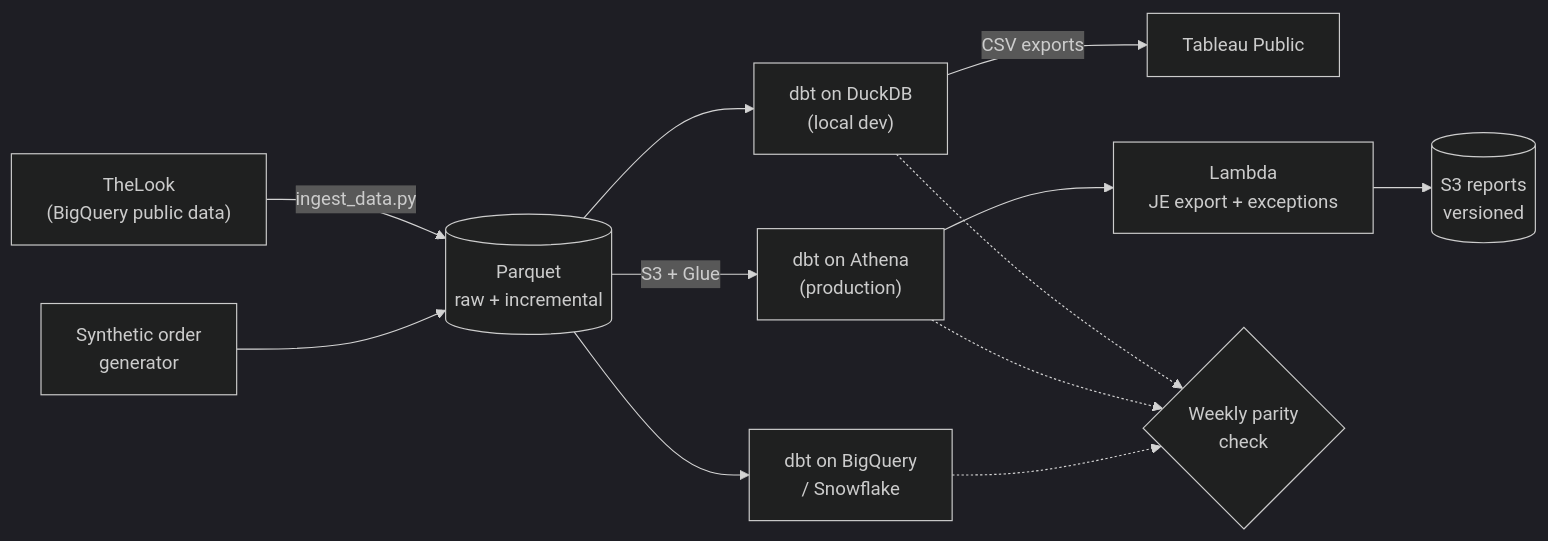
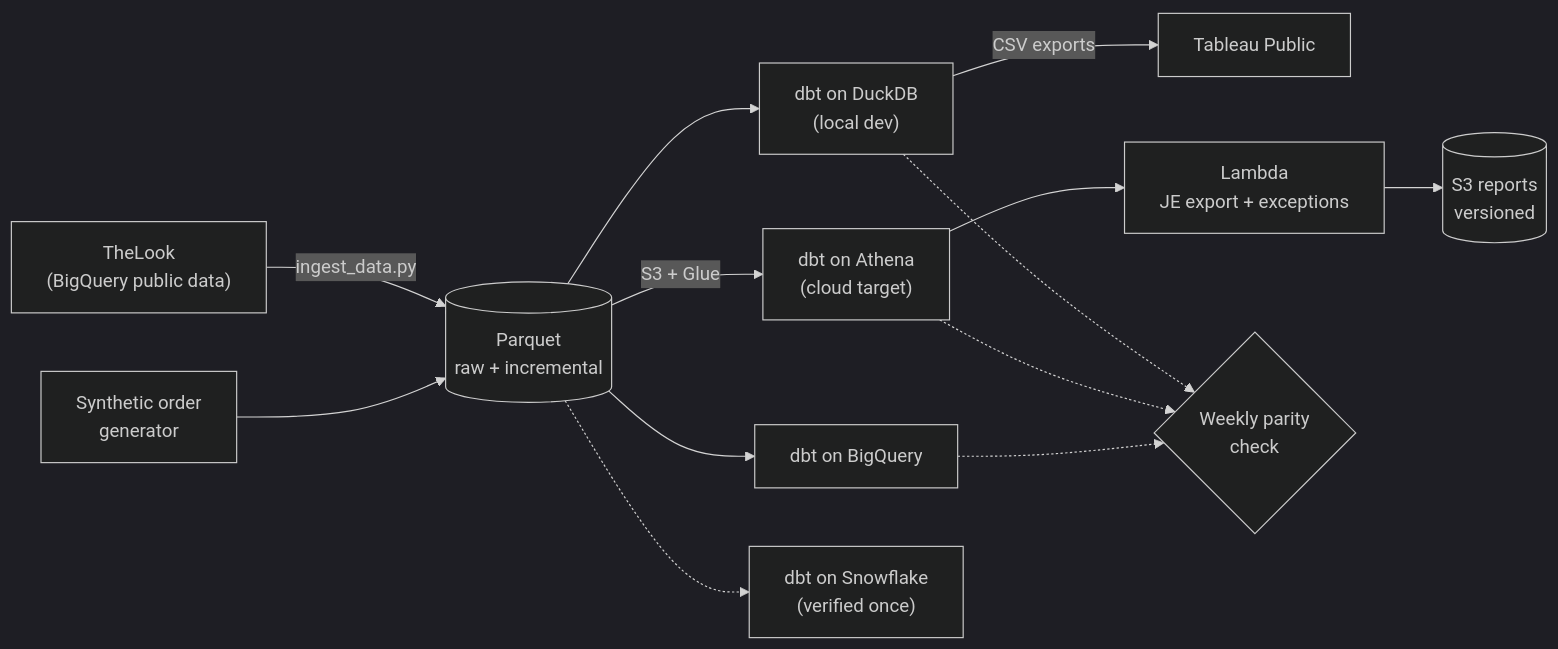
The diagram in README.md (samshpark/audit_ready_dbt), drawn with Mermaid (dark theme) before and after one commit. The commit also changed other lines of this file and 2 other files, not shown here.

Commit message:
docs: restructure README into a summary with detailed docs

````diff
--- a/README.md
+++ b/README.md
@@ -24,14 +21,15 @@
 ```mermaid
 flowchart LR
     TL["TheLook<br/>(BigQuery public data)"] -->|ingest_data.py| PQ[("Parquet<br/>raw + incremental")]
     GEN["Synthetic order<br/>generator"] --> PQ
     PQ --> DUCK["dbt on DuckDB<br/>(local dev)"]
-    PQ -->|"S3 + Glue"| ATH["dbt on Athena<br/>(production)"]
-    PQ --> BQ["dbt on BigQuery<br/>/ Snowflake"]
+    PQ -->|"S3 + Glue"| ATH["dbt on Athena<br/>(cloud target)"]
+    PQ --> BQ["dbt on BigQuery"]
+    PQ -.-> SF["dbt on Snowflake<br/>(verified once)"]
     DUCK -->|CSV exports| TAB["Tableau Public"]
     ATH --> LAM["Lambda<br/>JE export + exceptions"]
     LAM --> RPT[("S3 reports<br/>versioned")]
     DUCK -.-> PAR{"Weekly parity<br/>check"}
     ATH -.-> PAR
     BQ -.-> PAR
 ```
````
